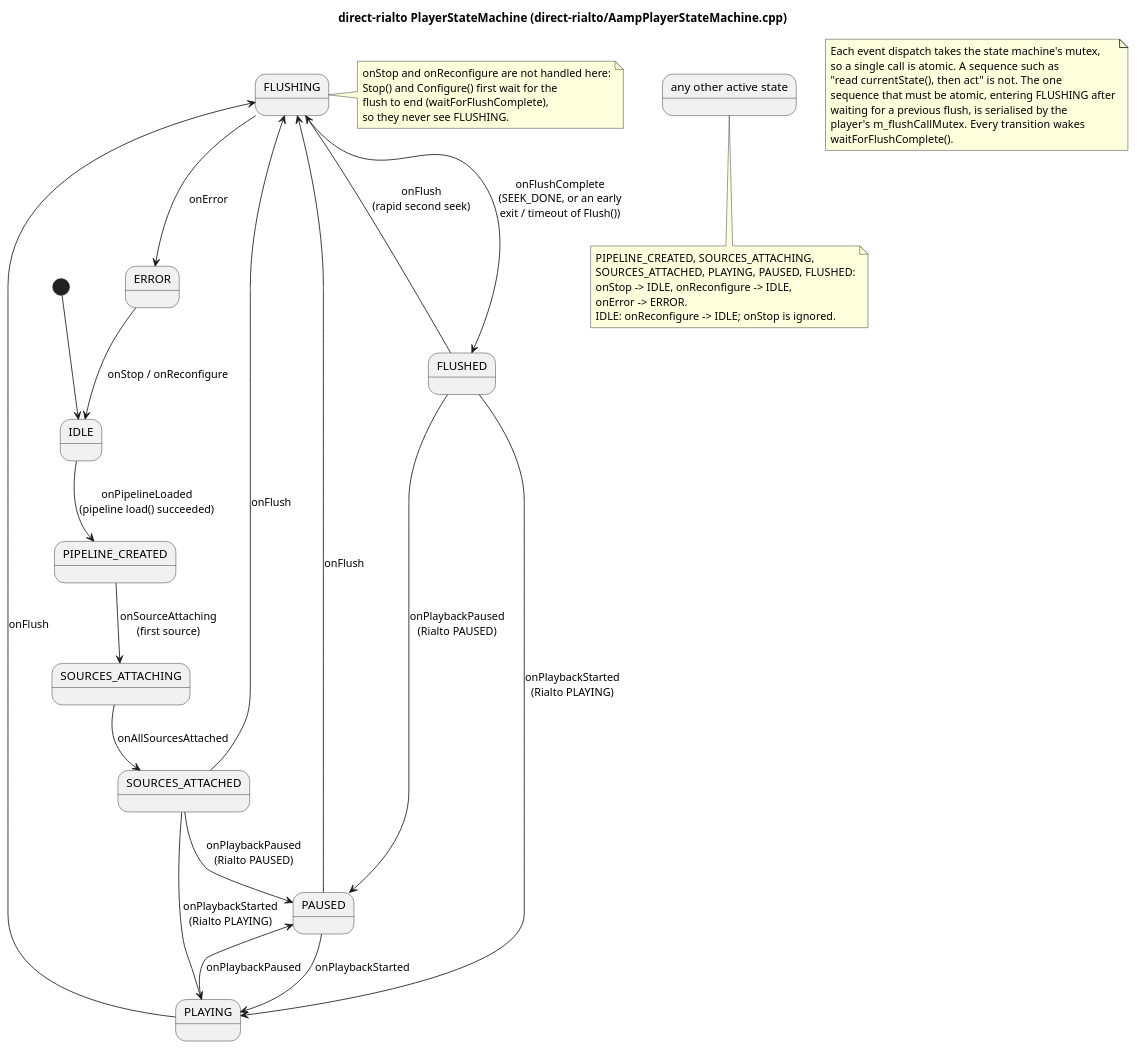
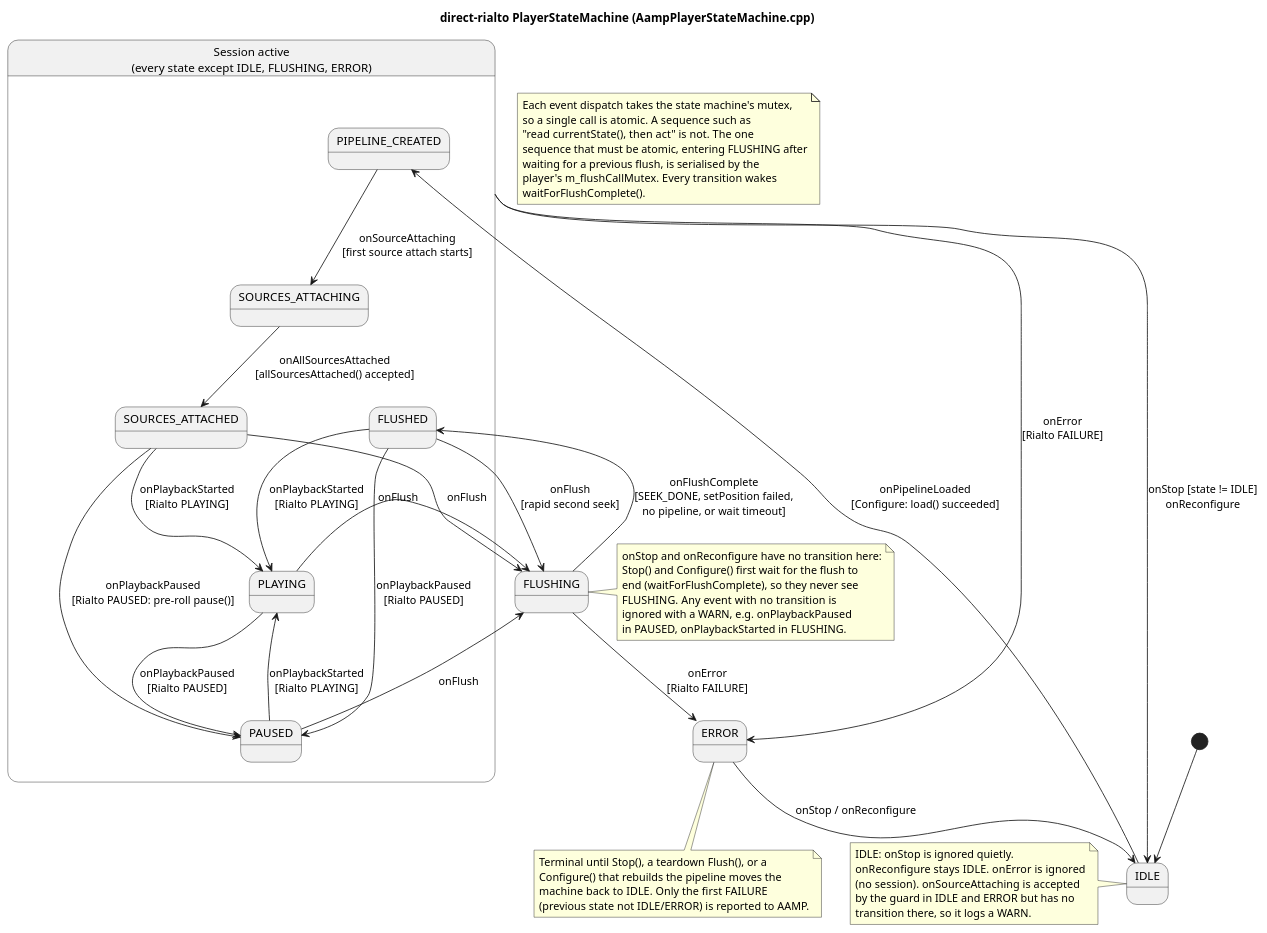
Before and after one commit to rdkcentral/aamp: the diagram in docs/diagrams/direct-rialto-state-machine.puml, drawn with PlantUML. The commit also changed 78 other files, not shown here.

First line of the commit message:
VPLAY-12902: Add Direct Rialto documentation set

```diff
--- a/docs/diagrams/direct-rialto-state-machine.puml
+++ b/docs/diagrams/direct-rialto-state-machine.puml
@@ -18,52 +18,71 @@
 @startuml direct-rialto-state-machine
-title direct-rialto PlayerStateMachine (direct-rialto/AampPlayerStateMachine.cpp)
+title direct-rialto PlayerStateMachine (AampPlayerStateMachine.cpp)
 
 [*] --> IDLE
 
-IDLE --> PIPELINE_CREATED : onPipelineLoaded\n(pipeline load() succeeded)
-PIPELINE_CREATED --> SOURCES_ATTACHING : onSourceAttaching\n(first source)
-SOURCES_ATTACHING --> SOURCES_ATTACHED : onAllSourcesAttached
+state "Session active\n(every state except IDLE, FLUSHING, ERROR)" as ACTIVE {
+	state PIPELINE_CREATED
+	state SOURCES_ATTACHING
+	state SOURCES_ATTACHED
+	state PLAYING
+	state PAUSED
+	state FLUSHED
+}
 
-SOURCES_ATTACHED --> PLAYING : onPlaybackStarted\n(Rialto PLAYING)
-SOURCES_ATTACHED --> PAUSED : onPlaybackPaused\n(Rialto PAUSED)
-PLAYING --> PAUSED : onPlaybackPaused
-PAUSED --> PLAYING : onPlaybackStarted
+IDLE --> PIPELINE_CREATED : onPipelineLoaded\n[Configure: load() succeeded]
+PIPELINE_CREATED --> SOURCES_ATTACHING : onSourceAttaching\n[first source attach starts]
+SOURCES_ATTACHING --> SOURCES_ATTACHED : onAllSourcesAttached\n[allSourcesAttached() accepted]
+
+SOURCES_ATTACHED --> PLAYING : onPlaybackStarted\n[Rialto PLAYING]
+SOURCES_ATTACHED --> PAUSED : onPlaybackPaused\n[Rialto PAUSED: pre-roll pause()]
+PLAYING --> PAUSED : onPlaybackPaused\n[Rialto PAUSED]
+PAUSED --> PLAYING : onPlaybackStarted\n[Rialto PLAYING]
 
 SOURCES_ATTACHED --> FLUSHING : onFlush
 PLAYING --> FLUSHING : onFlush
 PAUSED --> FLUSHING : onFlush
-FLUSHED --> FLUSHING : onFlush\n(rapid second seek)
+FLUSHED --> FLUSHING : onFlush\n[rapid second seek]
 
-FLUSHING --> FLUSHED : onFlushComplete\n(SEEK_DONE, or an early\nexit / timeout of Flush())
-FLUSHED --> PLAYING : onPlaybackStarted\n(Rialto PLAYING)
-FLUSHED --> PAUSED : onPlaybackPaused\n(Rialto PAUSED)
+FLUSHING --> FLUSHED : onFlushComplete\n[SEEK_DONE, setPosition failed,\nno pipeline, or wait timeout]
+FLUSHED --> PLAYING : onPlaybackStarted\n[Rialto PLAYING]
+FLUSHED --> PAUSED : onPlaybackPaused\n[Rialto PAUSED]
 
-FLUSHING --> ERROR : onError
+ACTIVE --> IDLE : onStop [state != IDLE]\nonReconfigure
+ACTIVE --> ERROR : onError\n[Rialto FAILURE]
+FLUSHING --> ERROR : onError\n[Rialto FAILURE]
+ERROR --> IDLE : onStop / onReconfigure
+
 note right of FLUSHING
-  onStop and onReconfigure are not handled here:
-  Stop() and Configure() first wait for the
-  flush to end (waitForFlushComplete),
-  so they never see FLUSHING.
+  onStop and onReconfigure have no transition here:
+  Stop() and Configure() first wait for the flush to
+  end (waitForFlushComplete), so they never see
+  FLUSHING.  Any event with no transition is
+  ignored with a WARN, e.g. onPlaybackPaused
+  in PAUSED, onPlaybackStarted in FLUSHING.
 end note
 
-ERROR --> IDLE : onStop / onReconfigure
+note left of IDLE
+  IDLE: onStop is ignored quietly.
+  onReconfigure stays IDLE.  onError is ignored
+  (no session).  onSourceAttaching is accepted
+  by the guard in IDLE and ERROR but has no
+  transition there, so it logs a WARN.
+end note
 
-state "any other active state" as ACTIVE
-note bottom of ACTIVE
-  PIPELINE_CREATED, SOURCES_ATTACHING,
-  SOURCES_ATTACHED, PLAYING, PAUSED, FLUSHED:
-  onStop -> IDLE, onReconfigure -> IDLE,
-  onError -> ERROR.
-  IDLE: onReconfigure -> IDLE; onStop is ignored.
+note bottom of ERROR
+  Terminal until Stop(), a teardown Flush(), or a
+  Configure() that rebuilds the pipeline moves the
+  machine back to IDLE.  Only the first FAILURE
+  (previous state not IDLE/ERROR) is reported to AAMP.
 end note
 
 note as THREADING
   Each event dispatch takes the state machine's mutex,
   so a single call is atomic.  A sequence such as
   "read currentState(), then act" is not.  The one
   sequence that must be atomic, entering FLUSHING after
   waiting for a previous flush, is serialised by the
   player's m_flushCallMutex.  Every transition wakes
   waitForFlushComplete().
 end note
 @enduml
```
